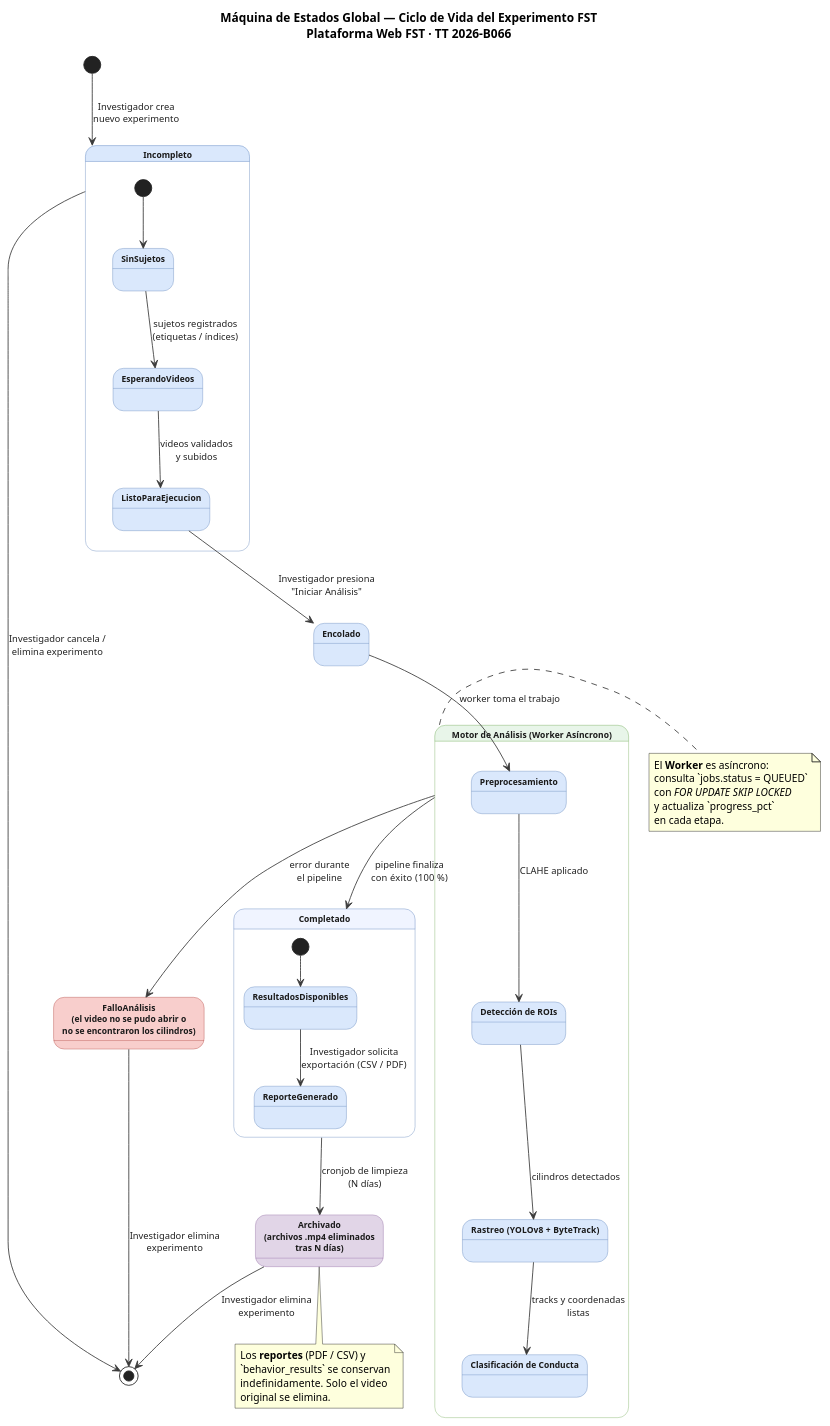
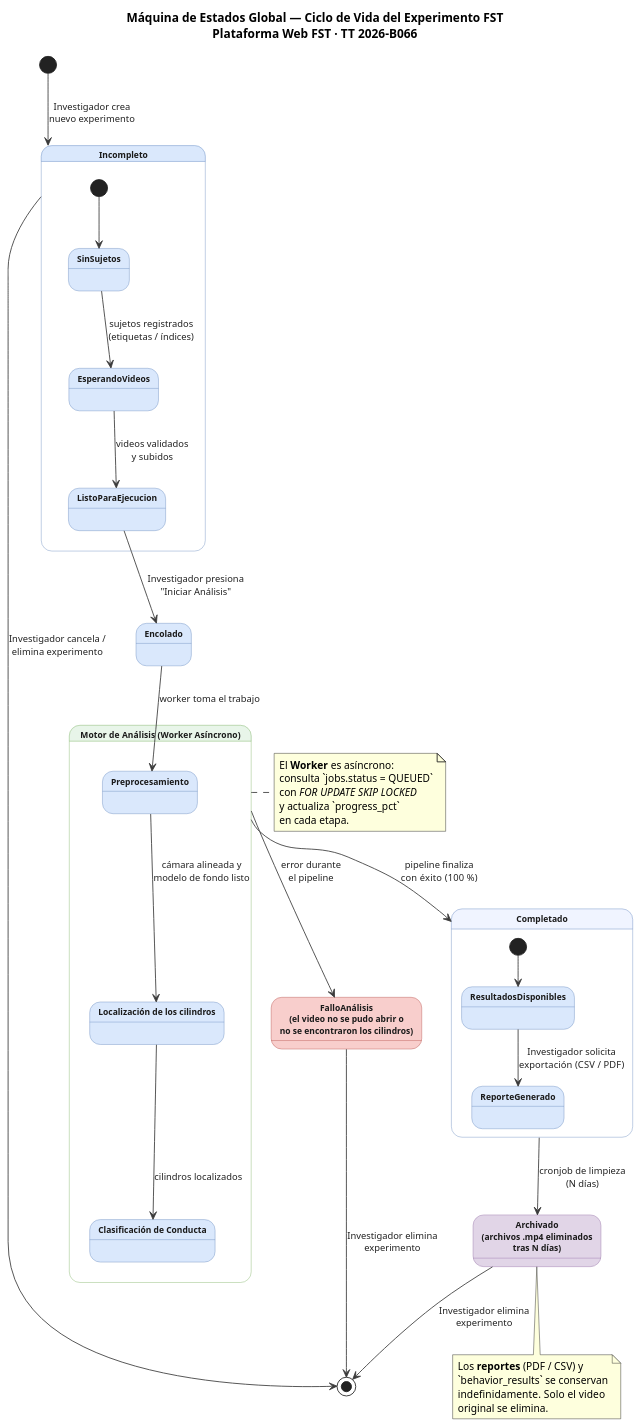
One commit to ErickJester/fst-ai-system-latex changed the diagram in diagramas/ciclo_vida_experimento.puml. Above: the diagram before and after it, drawn with PlantUML. The commit also changed 33 other files, not shown here.

```diff
--- a/diagramas/ciclo_vida_experimento.puml
+++ b/diagramas/ciclo_vida_experimento.puml
@@ -1,103 +1,101 @@
 @startuml "Ciclo-De-Vida-Experimento-FST"
 title Máquina de Estados Global — Ciclo de Vida del Experimento FST\nPlataforma Web FST · TT 2026-B066
 
 ' ========= ESTILO ==========================================================
 skinparam defaultFontName Arial
 skinparam defaultFontSize 12
 skinparam shadowing false
 skinparam ArrowColor #3A3A3A
 skinparam ArrowFontColor #222222
 skinparam ArrowFontSize 11
 
 skinparam state {
   FontSize 12
   FontStyle bold
   AttributeFontSize 10
 
   BackgroundColor #DAE8FC
   BorderColor     #6C8EBF
   FontColor       #1A1A1A
 
   BackgroundColor<<error>>      #F8CECC
   BorderColor<<error>>          #B85450
   FontColor<<error>>            #1A1A1A
 
   BackgroundColor<<archivo>>    #E1D5E7
   BorderColor<<archivo>>        #9673A6
   FontColor<<archivo>>          #1A1A1A
 
   BackgroundColor<<procesamiento>> #E8F5E9
   BorderColor<<procesamiento>>     #82B366
 
   BackgroundColor<<completado>>    #F0F4FF
   BorderColor<<completado>>        #6C8EBF
 }
 
 ' ========= ESTADO INICIAL ==================================================
 [*] --> Incompleto : Investigador crea\nnuevo experimento
 
 ' ========= COMPOSITE: INCOMPLETO ===========================================
 state Incompleto {
   [*] --> SinSujetos
   SinSujetos       --> EsperandoVideos      : sujetos registrados\n(etiquetas / índices)
   EsperandoVideos  --> ListoParaEjecucion   : videos validados\ny subidos
 }
 
 ' ========= TRANSICIÓN A MOTOR ==============================================
 ListoParaEjecucion --> Encolado : Investigador presiona\n"Iniciar Análisis"
 
 ' ========= COMPOSITE: MOTOR DE ANÁLISIS ====================================
 state "Motor de Análisis  (Worker Asíncrono)" as Procesamiento <<procesamiento>> {
   state Encolado
   state "Preprocesamiento"              as Preproc
-  state "Detección de ROIs"             as ROIs
-  state "Rastreo  (YOLOv8 + ByteTrack)" as Tracking
+  state "Localización de los cilindros" as Cilindros
   state "Clasificación de Conducta"     as Clasificacion
 
   Encolado      --> Preproc       : worker toma el trabajo
-  Preproc       --> ROIs          : CLAHE aplicado
-  ROIs          --> Tracking      : cilindros detectados
-  Tracking      --> Clasificacion : tracks y coordenadas\nlistas
+  Preproc       --> Cilindros     : cámara alineada y\nmodelo de fondo listo
+  Cilindros     --> Clasificacion : cilindros localizados
 }
 
 ' ========= FALLO ===========================================================
 ' Sin reintento: el investigador no puede reiniciar un analisis (RN-04).
 state "FalloAnálisis\n(el video no se pudo abrir o\nno se encontraron los cilindros)" as FalloAnalisis <<error>>
 
 Procesamiento --> FalloAnalisis : error durante\nel pipeline
 
 ' ========= COMPOSITE: COMPLETADO ===========================================
 Procesamiento --> Completado : pipeline finaliza\ncon éxito  (100 %)
 
 state Completado <<completado>> {
   [*] --> ResultadosDisponibles
   ResultadosDisponibles --> ReporteGenerado : Investigador solicita\nexportación  (CSV / PDF)
 }
 
 ' ========= ARCHIVADO =======================================================
 state "Archivado\n(archivos .mp4 eliminados\ntras N días)" as Archivado <<archivo>>
 
 Completado --> Archivado : cronjob de limpieza\n(N días)
 
 ' ========= FINAL ===========================================================
 Archivado     --> [*] : Investigador elimina\nexperimento
 FalloAnalisis --> [*] : Investigador elimina\nexperimento
 Incompleto    --> [*] : Investigador cancela /\nelimina experimento
 
 ' ========= NOTAS ===========================================================
 note right of Procesamiento
   El **Worker** es asíncrono:
   consulta `jobs.status = QUEUED`
   con //FOR UPDATE SKIP LOCKED//
   y actualiza `progress_pct`
   en cada etapa.
 end note
 
 note bottom of Archivado
   Los **reportes** (PDF / CSV) y
   `behavior_results` se conservan
   indefinidamente.  Solo el video
   original se elimina.
 end note
 
 @enduml
```
